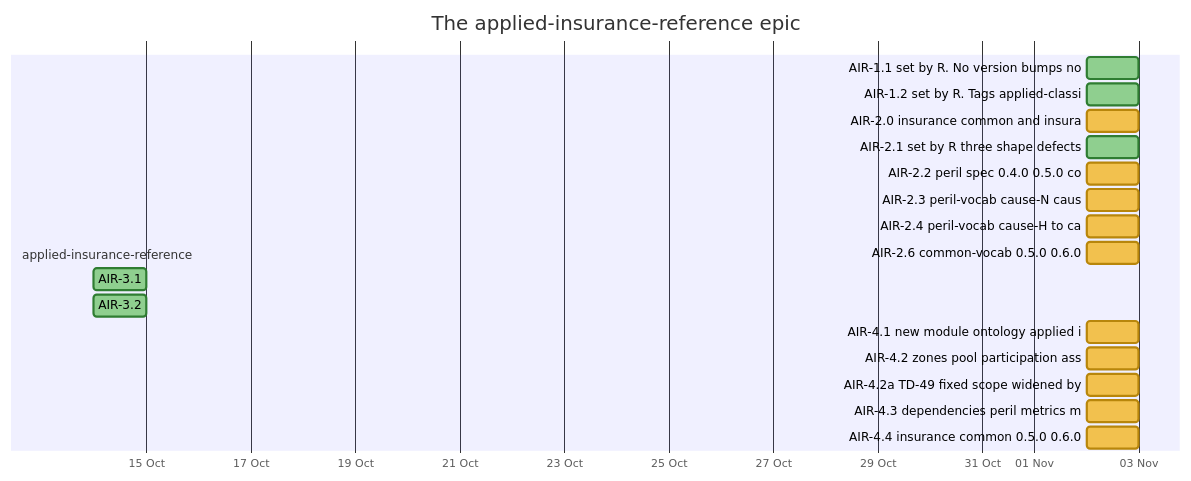
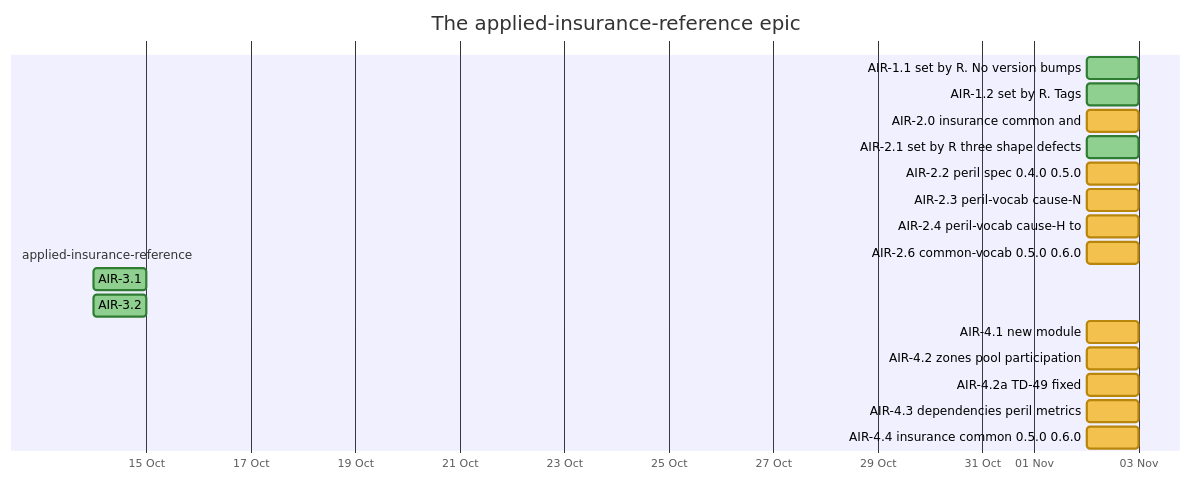
Before and after one commit to nebularis/lattice: the second of 26 diagrams in docs/developer/ROADMAP.md, drawn with Mermaid. The commit also changed other lines of this file and 126 other files, not shown here.

````diff
--- a/docs/developer/ROADMAP.md
+++ b/docs/developer/ROADMAP.md
@@ -84,23 +85,23 @@
 ```mermaid
 %%{init: {"themeVariables": {"taskBkgColor": "#f2c14e", "taskBorderColor": "#b8860b", "taskTextColor": "#000000", "activeTaskBkgColor": "#4e9af1", "activeTaskBorderColor": "#1f5fbf", "activeTaskBorderColor": "#1f5fbf", "doneTaskBkgColor": "#8fcf8f", "doneTaskBorderColor": "#2f7d32", "critBkgColor": "#f28b82", "critBorderColor": "#b23a30", "taskTextDarkColor": "#000000", "taskTextLightColor": "#000000"}}}%%
 gantt
     title The applied-insurance-reference epic
     dateFormat YYYY-MM-DD
     axisFormat %d %b
     section applied-insurance-reference
-    AIR-1.1 set by R. No version bumps no :done, air11, 2026-11-02, 2026-11-03
-    AIR-1.2 set by R. Tags applied-classi :done, air12, 2026-11-02, 2026-11-03
-    AIR-2.0 insurance common and insura :air20, 2026-11-02, 2026-11-03
+    AIR-1.1 set by R. No version bumps :done, air11, 2026-11-02, 2026-11-03
+    AIR-1.2 set by R. Tags :done, air12, 2026-11-02, 2026-11-03
+    AIR-2.0 insurance common and :air20, 2026-11-02, 2026-11-03
     AIR-2.1 set by R three shape defects :done, air21, 2026-11-02, 2026-11-03
-    AIR-2.2 peril spec 0.4.0 0.5.0 co :air22, 2026-11-02, 2026-11-03
-    AIR-2.3 peril-vocab cause-N caus :air23, 2026-11-02, 2026-11-03
-    AIR-2.4 peril-vocab cause-H to ca :air24, 2026-11-02, 2026-11-03
+    AIR-2.2 peril spec 0.4.0 0.5.0 :air22, 2026-11-02, 2026-11-03
+    AIR-2.3 peril-vocab cause-N :air23, 2026-11-02, 2026-11-03
+    AIR-2.4 peril-vocab cause-H to :air24, 2026-11-02, 2026-11-03
     AIR-2.6 common-vocab 0.5.0 0.6.0 :air26, 2026-11-02, 2026-11-03
     AIR-3.1 :done, air31, 2026-10-14, 2026-10-15
     AIR-3.2 :done, air32, 2026-10-14, 2026-10-15
-    AIR-4.1 new module ontology applied i :air41, 2026-11-02, 2026-11-03
-    AIR-4.2 zones pool participation ass :air42, 2026-11-02, 2026-11-03
-    AIR-4.2a TD-49 fixed scope widened by :air42a, 2026-11-02, 2026-11-03
-    AIR-4.3 dependencies peril metrics m :air43, 2026-11-02, 2026-11-03
+    AIR-4.1 new module :air41, 2026-11-02, 2026-11-03
+    AIR-4.2 zones pool participation :air42, 2026-11-02, 2026-11-03
+    AIR-4.2a TD-49 fixed :air42a, 2026-11-02, 2026-11-03
+    AIR-4.3 dependencies peril metrics :air43, 2026-11-02, 2026-11-03
     AIR-4.4 insurance common 0.5.0 0.6.0 :air44, 2026-11-02, 2026-11-03
 ```
````
